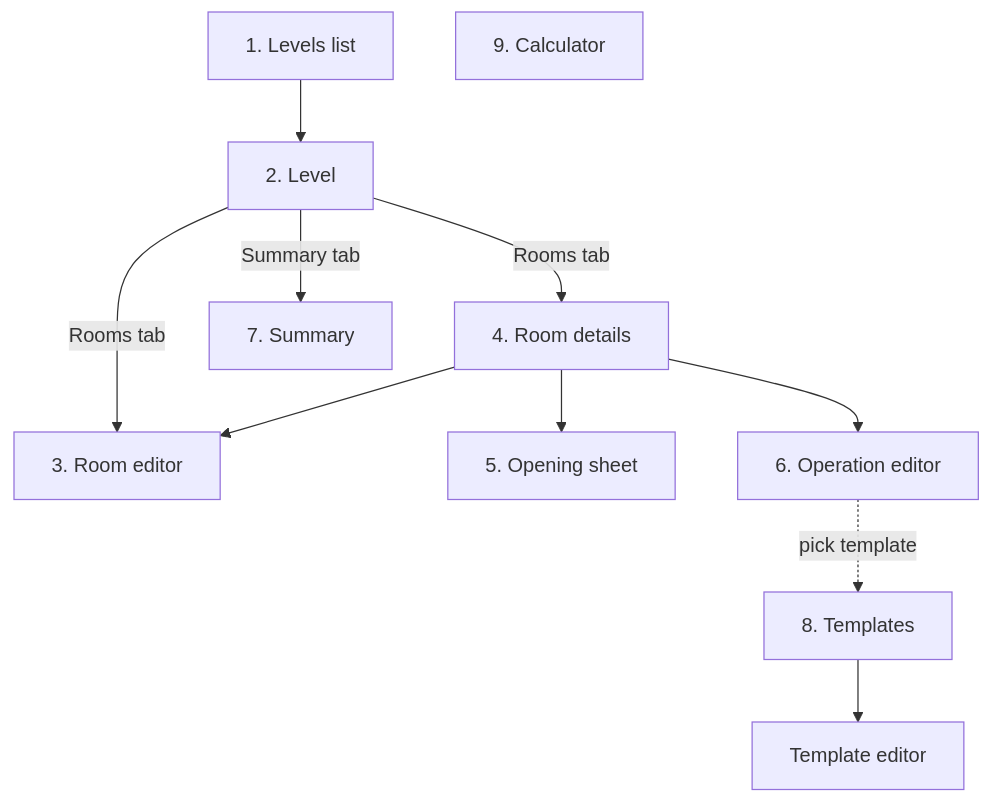
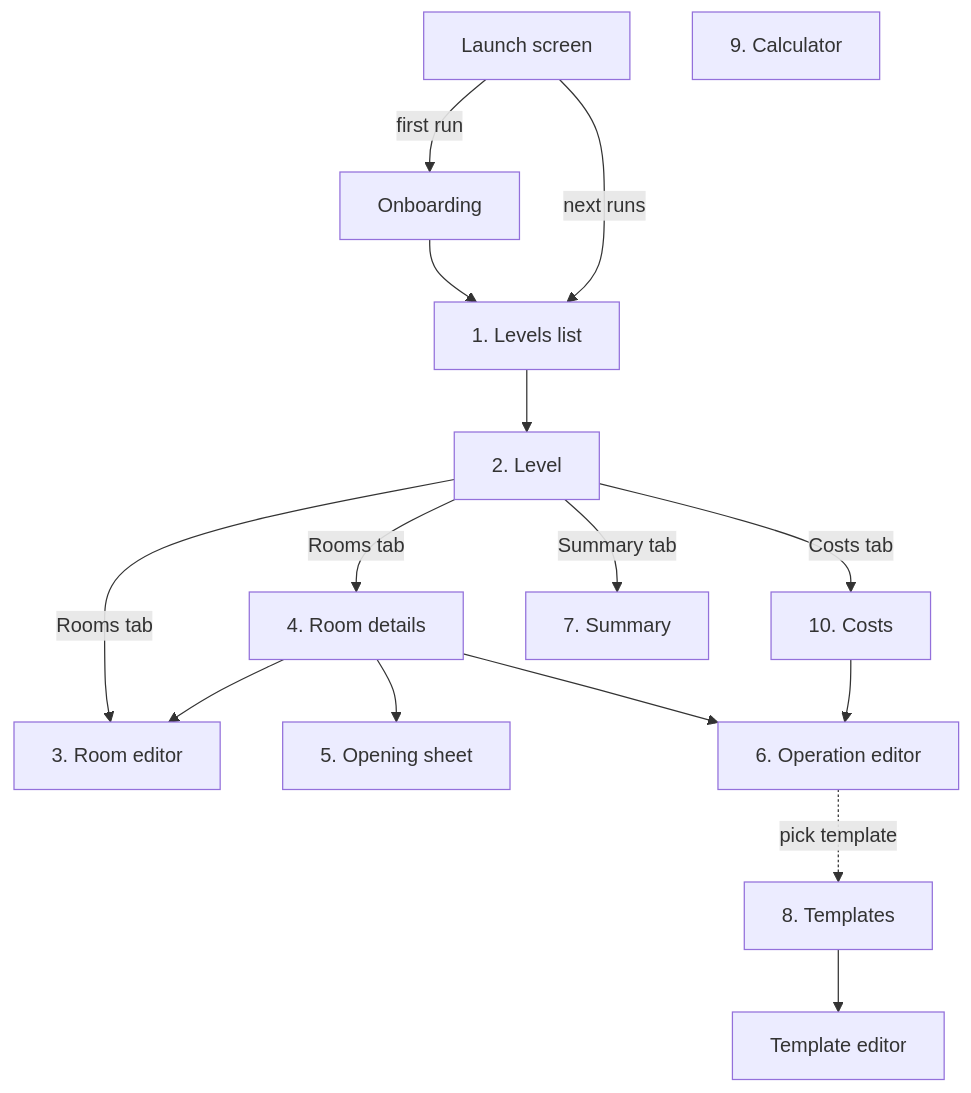
The diagram in docs/06-screens.md (Jurny02/RenoPlan), drawn with Mermaid before and after one commit. The commit also changed other lines of this file, not shown here.

First line of the commit message:
docs: add launch screen, onboarding and costs screen

````diff
--- a/docs/06-screens.md
+++ b/docs/06-screens.md
@@ -16,13 +16,18 @@
 ```mermaid
 flowchart TD
+    LS[Launch screen] -->|first run| OB[Onboarding]
+    LS -->|next runs| L
+    OB --> L
     L[1. Levels list] --> LV[2. Level]
     LV -->|Rooms tab| RE[3. Room editor]
     LV -->|Rooms tab| RD[4. Room details]
     LV -->|Summary tab| S[7. Summary]
+    LV -->|Costs tab| CO[10. Costs]
+    CO --> OP
     RD --> RE
     RD --> O[5. Opening sheet]
     RD --> OP[6. Operation editor]
     OP -.->|pick template| T[8. Templates]
     T --> TE[Template editor]
     C[9. Calculator]
 ```
````
